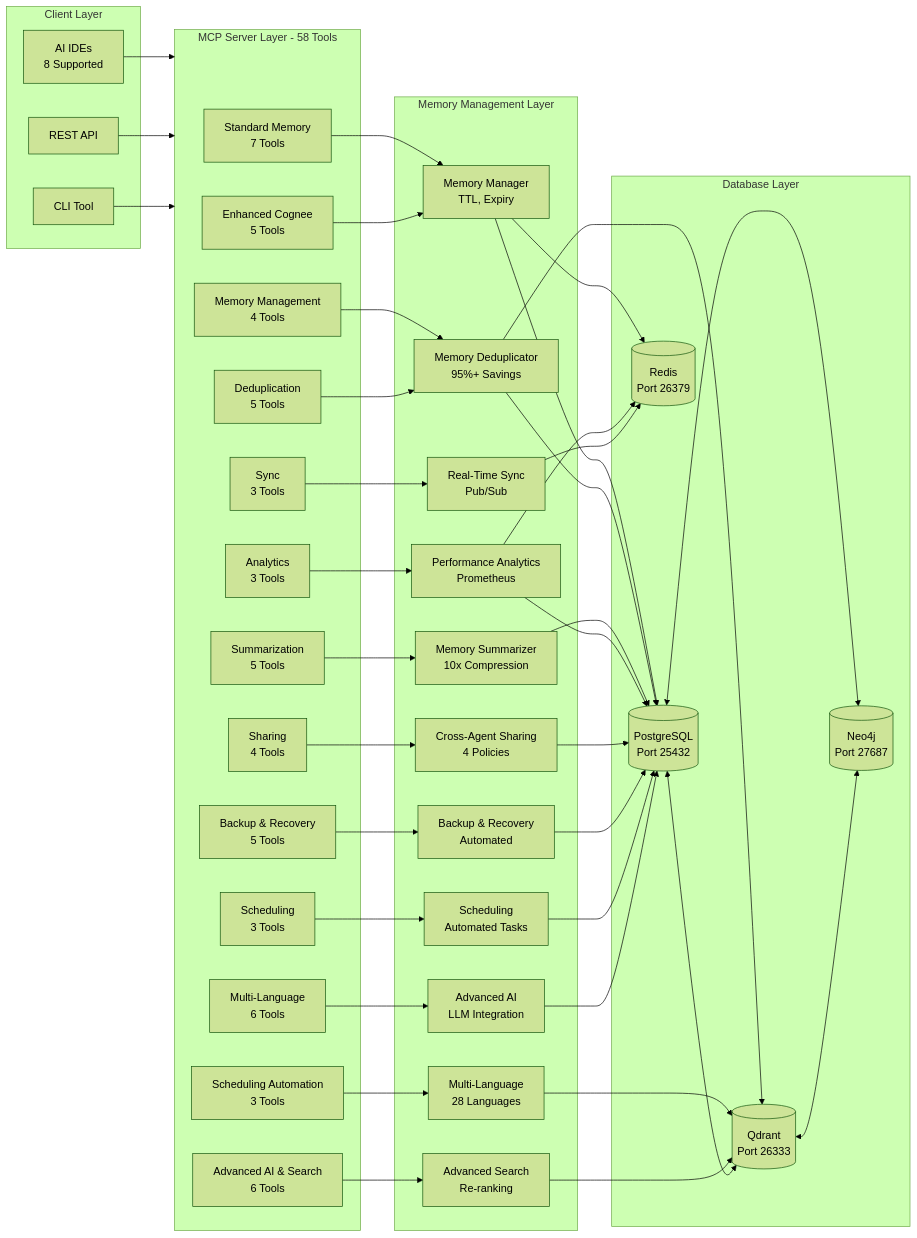
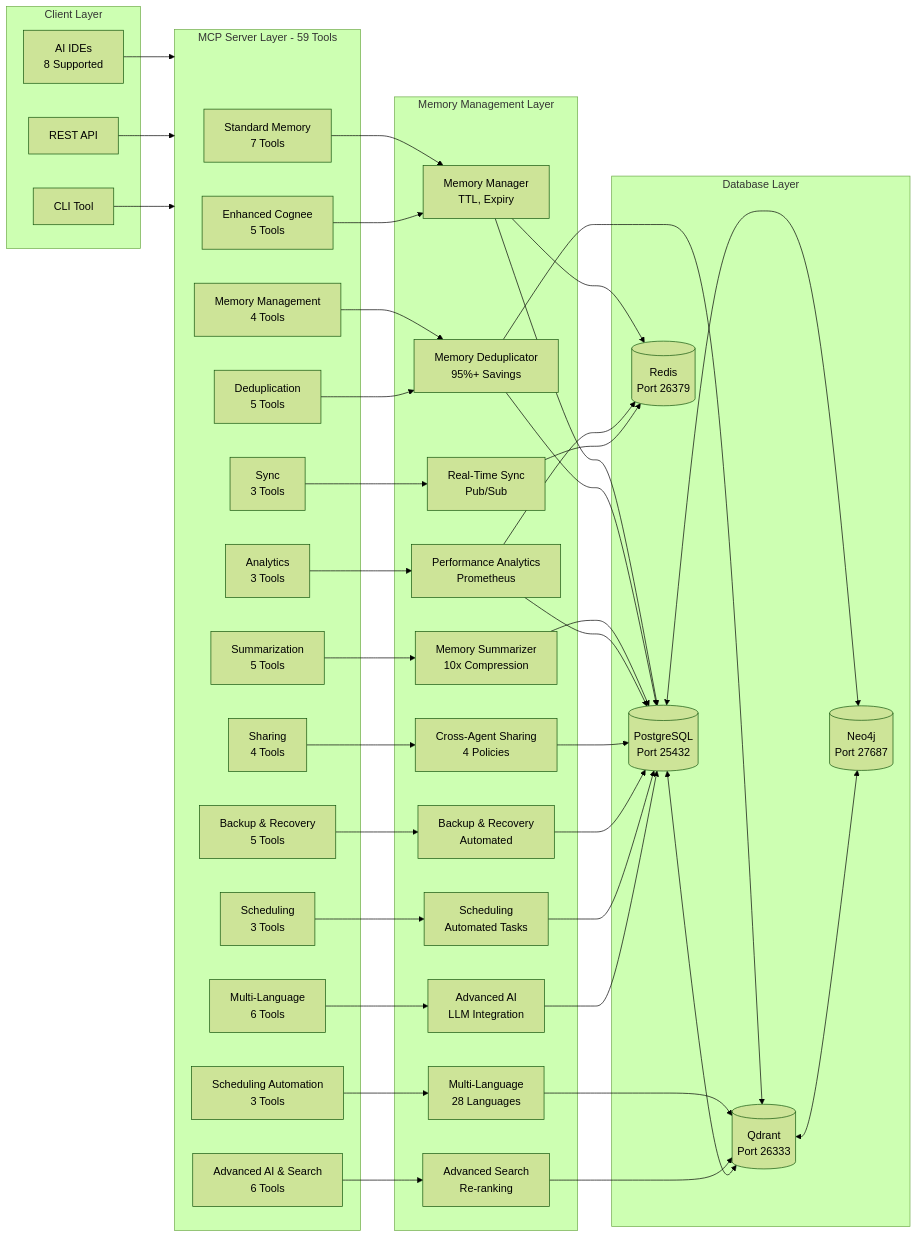
One commit to vincentspereira/Enhanced-Cognee changed the first of 4 diagrams in README.md. Above: the diagram before and after it, drawn with Mermaid (forest theme). The commit also changed other lines of this file and 33 other files, not shown here.

````diff
--- a/README.md
+++ b/README.md
@@ -480,82 +480,82 @@
 ```mermaid
 flowchart LR
     subgraph Clients["Client Layer"]
         AIC[AI IDEs<br/>8 Supported]
         API[REST API]
         CLI[CLI Tool]
     end
 
-    subgraph MCP["MCP Server Layer - 58 Tools"]
+    subgraph MCP["MCP Server Layer - 59 Tools"]
         MCP1[Standard Memory<br/>7 Tools]
         MCP2[Enhanced Cognee<br/>5 Tools]
         MCP3[Memory Management<br/>4 Tools]
         MCP4[Deduplication<br/>5 Tools]
         MCP5[Summarization<br/>5 Tools]
         MCP6[Analytics<br/>3 Tools]
         MCP7[Sharing<br/>4 Tools]
         MCP8[Sync<br/>3 Tools]
         MCP9[Backup & Recovery<br/>5 Tools]
         MCP10[Scheduling<br/>3 Tools]
         MCP11[Scheduling Automation<br/>3 Tools]
         MCP12[Multi-Language<br/>6 Tools]
         MCP13[Advanced AI & Search<br/>6 Tools]
     end
 
     subgraph Memory["Memory Management Layer"]
         MM[Memory Manager<br/>TTL, Expiry]
         MD[Memory Deduplicator<br/>95%+ Savings]
         MS[Memory Summarizer<br/>10x Compression]
         PA[Performance Analytics<br/>Prometheus]
         CAS[Cross-Agent Sharing<br/>4 Policies]
         RTS[Real-Time Sync<br/>Pub/Sub]
         BR[Backup & Recovery<br/>Automated]
         SC[Scheduling<br/>Automated Tasks]
         ML[Multi-Language<br/>28 Languages]
         AI[Advanced AI<br/>LLM Integration]
         AS[Advanced Search<br/>Re-ranking]
     end
 
     subgraph DB["Database Layer"]
         PG[(PostgreSQL<br/>Port 25432)]
         QD[(Qdrant<br/>Port 26333)]
         N4[(Neo4j<br/>Port 27687)]
         RD[(Redis<br/>Port 26379)]
     end
 
     AIC --> MCP
     API --> MCP
     CLI --> MCP
 
     MCP1 --> MM
     MCP2 --> MM
     MCP3 --> MD
     MCP4 --> MD
     MCP5 --> MS
     MCP6 --> PA
     MCP7 --> CAS
     MCP8 --> RTS
     MCP9 --> BR
     MCP10 --> SC
     MCP11 --> ML
     MCP12 --> AI
     MCP13 --> AS
 
     MM --> PG
     MM --> RD
     MD --> PG
     MD --> QD
     MS --> PG
     PA --> PG
     PA --> RD
     CAS --> PG
     RTS --> RD
     BR --> PG
     SC --> PG
     ML --> QD
     AI --> PG
     AS --> QD
 
     PG <--> QD
     PG <--> N4
     QD <--> N4
 ```
````
